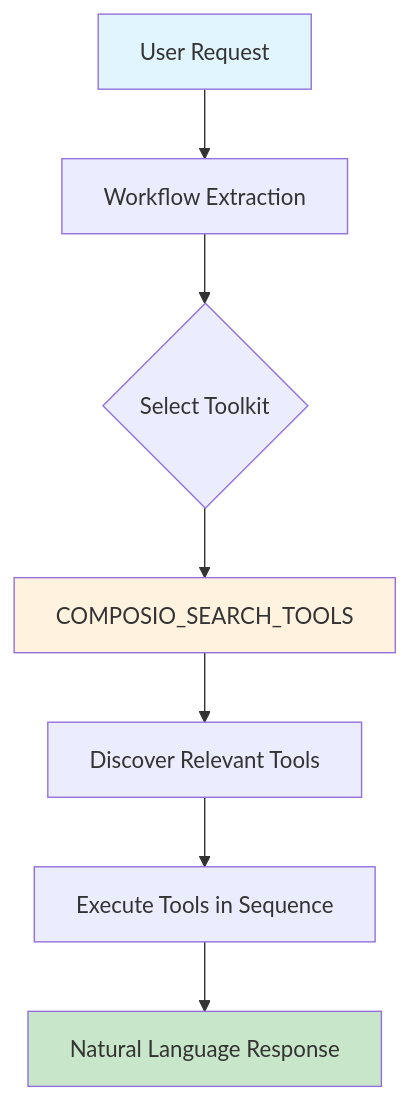
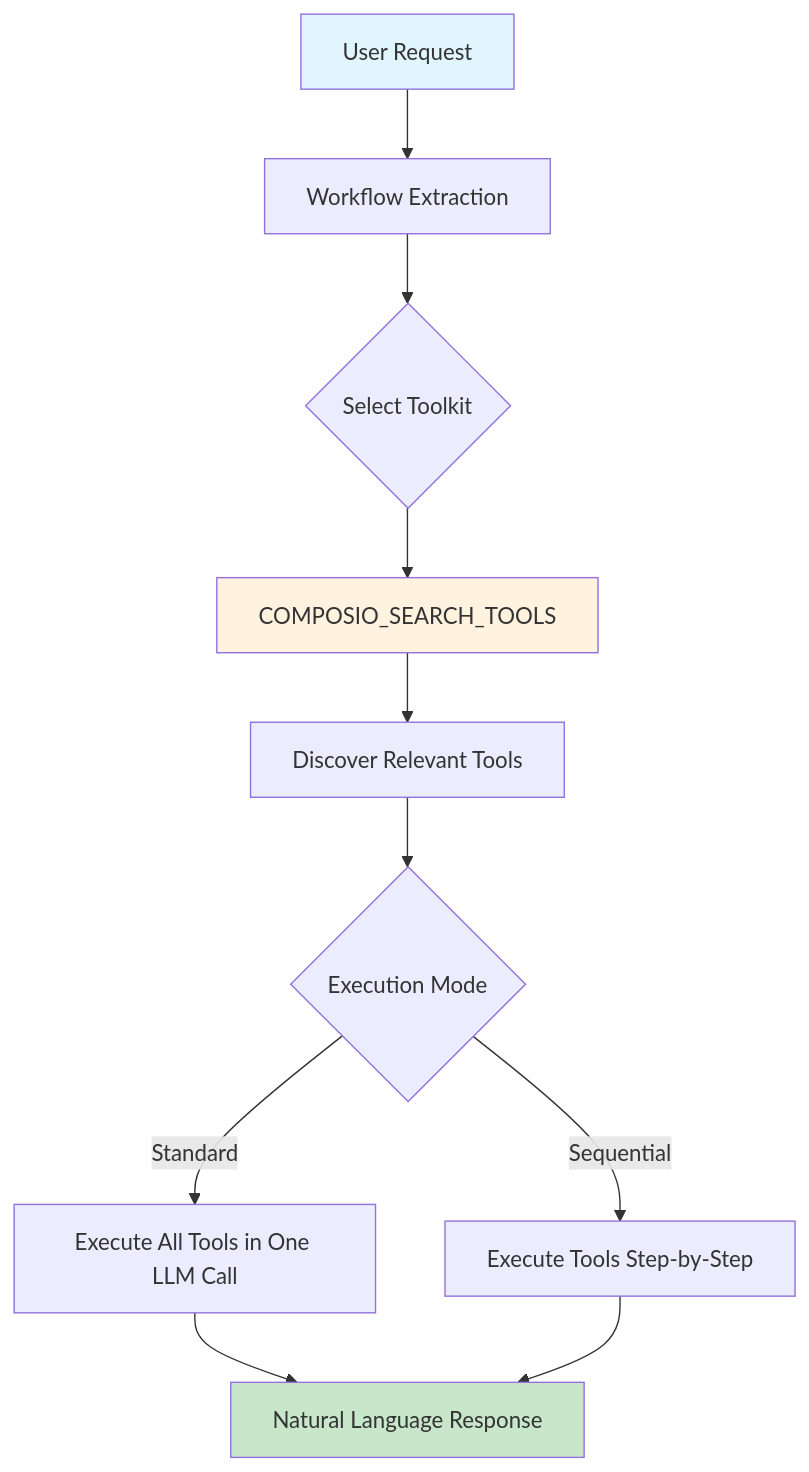
The first of 2 diagrams in README.md (standujar/plugin-composio), drawn with Mermaid before and after one commit. The commit also changed other lines of this file and 1 other file, not shown here.

Commit message:
chore: bump version to 1.2.12 and update README with execution modes and token optimization details

````diff
--- a/README.md
+++ b/README.md
@@ -135,13 +153,16 @@
 ```mermaid
 graph TD
     A[User Request] --> B[Workflow Extraction]
     B --> C{Select Toolkit}
     C --> D[COMPOSIO_SEARCH_TOOLS]
     D --> E[Discover Relevant Tools]
-    E --> F[Execute Tools in Sequence]
-    F --> G[Natural Language Response]
+    E --> F{Execution Mode}
+    F -->|Standard| G[Execute All Tools in One LLM Call]
+    F -->|Sequential| H[Execute Tools Step-by-Step]
+    G --> I[Natural Language Response]
+    H --> I
     
     style A fill:#e1f5fe
-    style G fill:#c8e6c9
+    style I fill:#c8e6c9
     style D fill:#fff3e0
 ```
````
